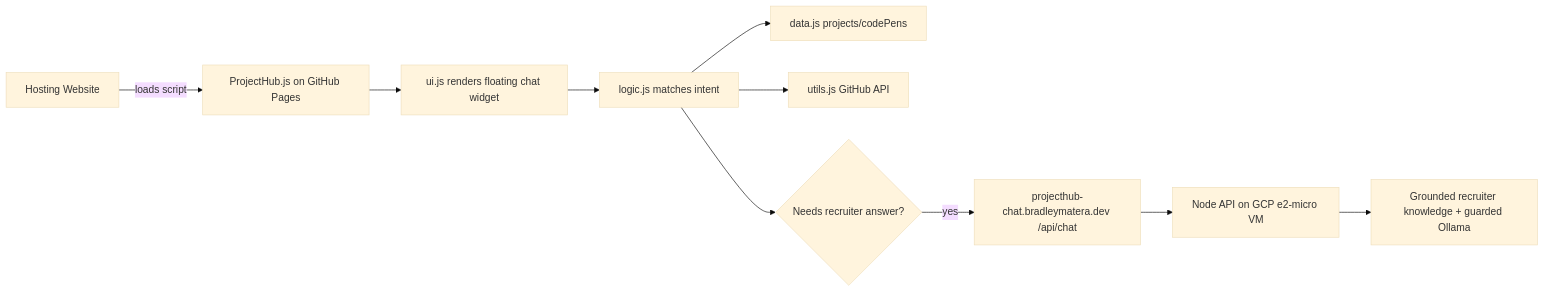
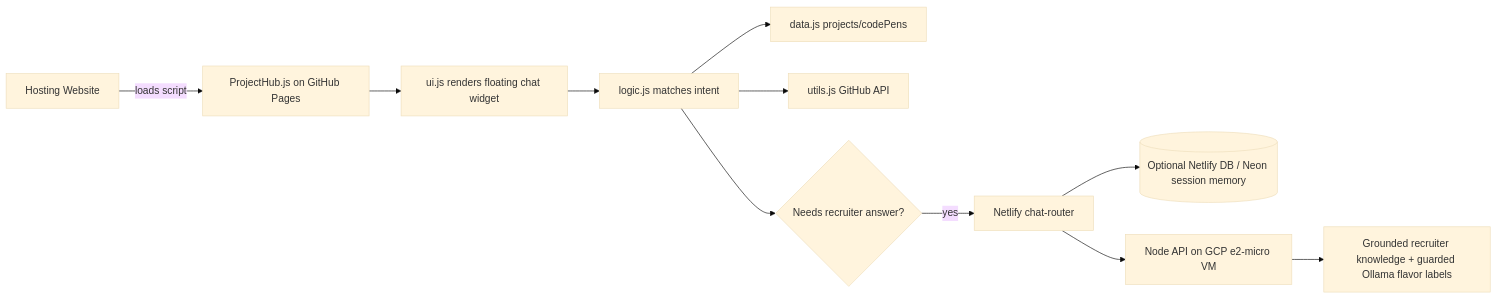
The diagram in docs/architecture-overview.md (BradleyMatera/ProjectHub), drawn with Mermaid (base theme) before and after one commit. The commit also changed other lines of this file and 11 other files, not shown here.

Commit message:
Add AI flavor labels and session memory

````diff
--- a/docs/architecture-overview.md
+++ b/docs/architecture-overview.md
@@ -9,12 +9,13 @@
 ```mermaid
 flowchart LR
     A[Hosting Website] -- loads script --> B[ProjectHub.js on GitHub Pages]
     B --> C[ui.js renders floating chat widget]
     C --> D[logic.js matches intent]
     D --> E[data.js projects/codePens]
     D --> F[utils.js GitHub API]
    D --> G{Needs recruiter answer?}
-   G -- yes --> H[projecthub-chat.bradleymatera.dev /api/chat]
+   G -- yes --> H[Netlify chat-router]
+   H --> M[(Optional Netlify DB / Neon session memory)]
    H --> I[Node API on GCP e2-micro VM]
-   I --> J[Grounded recruiter knowledge + guarded Ollama]
+   I --> J[Grounded recruiter knowledge + guarded Ollama flavor labels]
 ```
````
